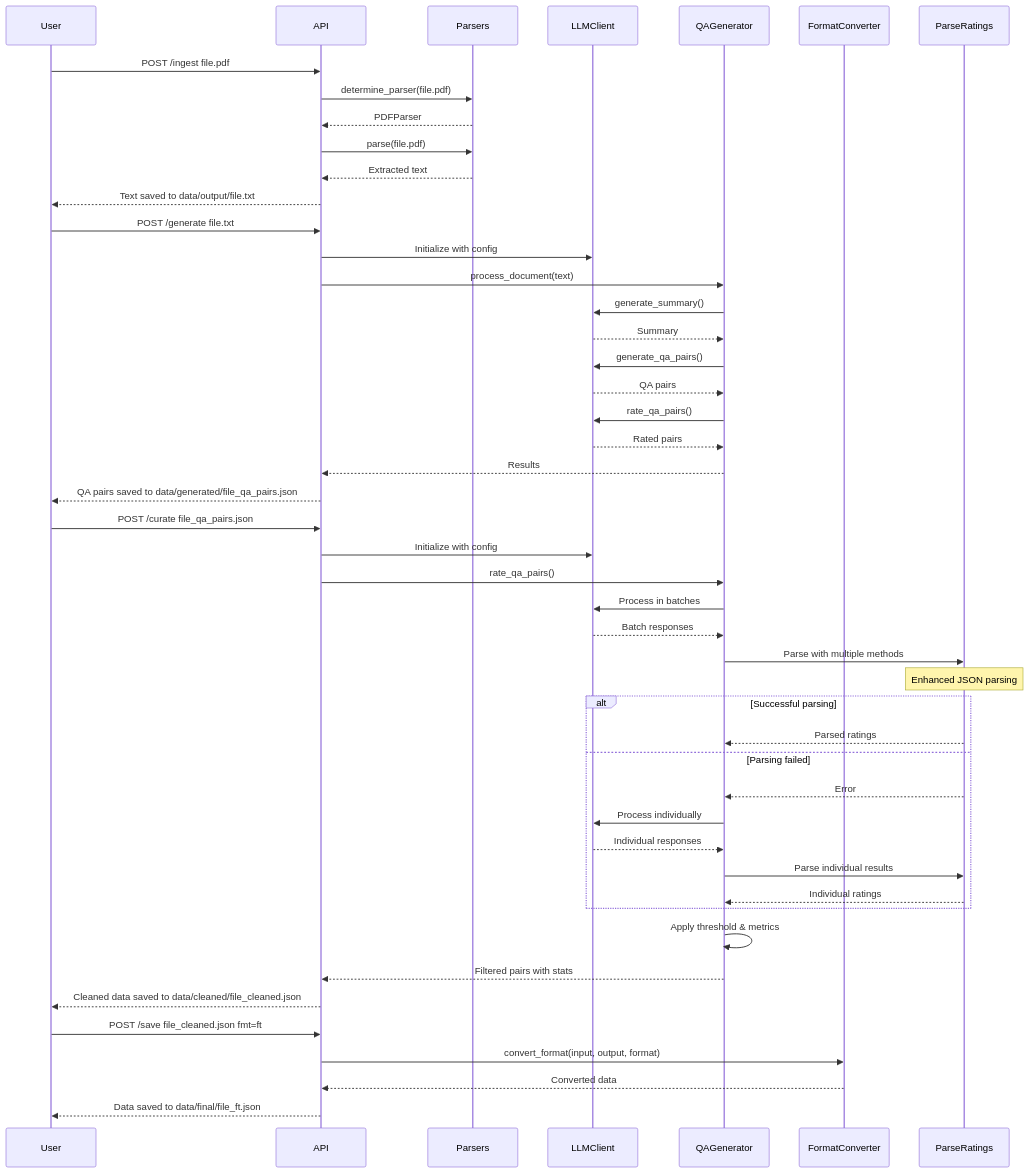
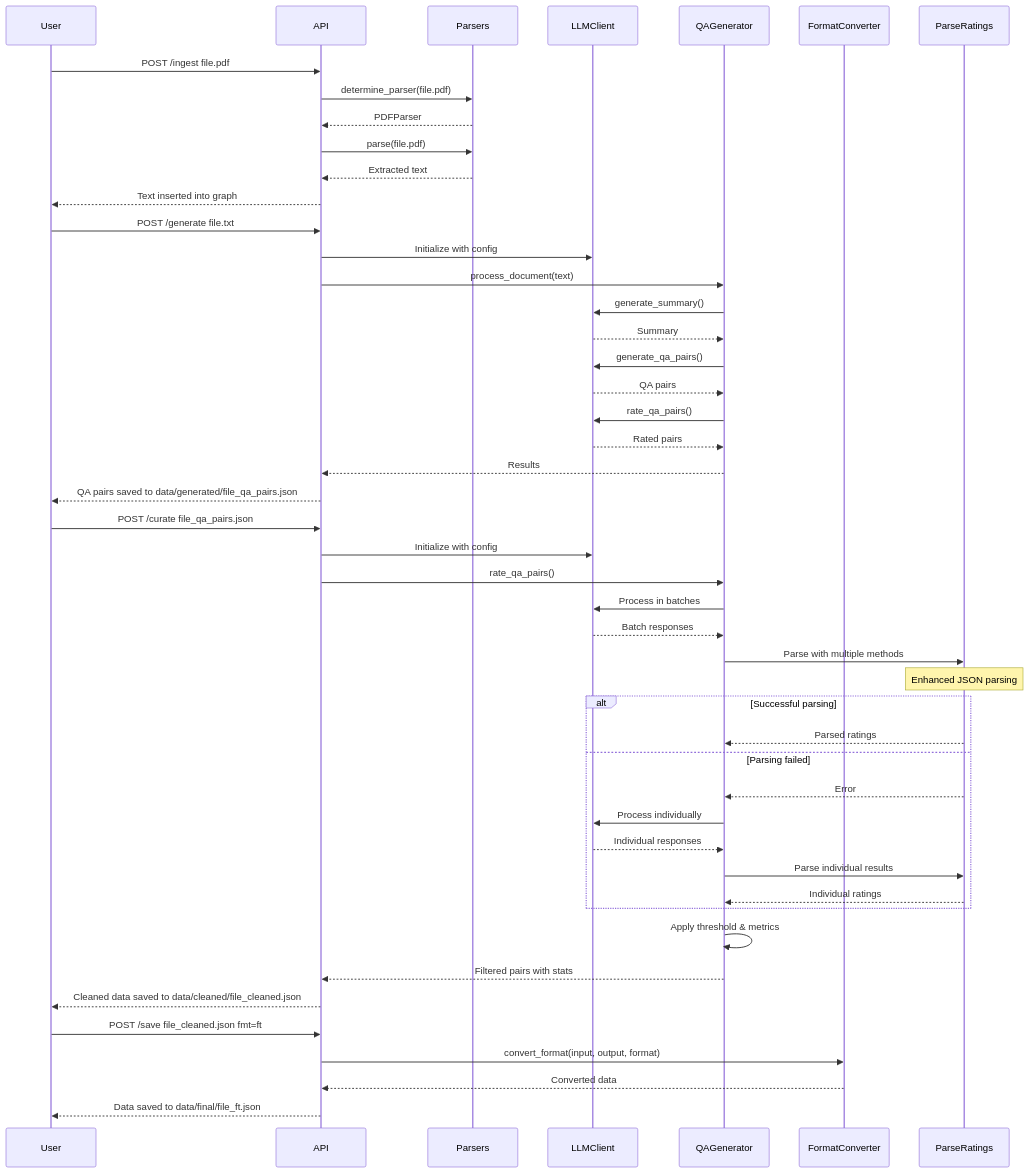
The third of 14 diagrams in DOCS.md (AvacynLab/datacreek), drawn with Mermaid before and after one commit. The commit also changed other lines of this file and 14 other files, not shown here.

````diff
--- a/DOCS.md
+++ b/DOCS.md
@@ -199,57 +199,57 @@
 ```mermaid
 sequenceDiagram
     participant User
     participant API
     participant Parsers
     participant LLMClient
     participant QAGenerator
     participant FormatConverter
 
     User->>API: POST /ingest file.pdf
     API->>Parsers: determine_parser(file.pdf)
     Parsers-->>API: PDFParser
     API->>Parsers: parse(file.pdf)
     Parsers-->>API: Extracted text
-    API-->>User: Text saved to data/output/file.txt
+    API-->>User: Text inserted into graph
 
     User->>API: POST /generate file.txt
     API->>LLMClient: Initialize with config
     API->>QAGenerator: process_document(text)
     QAGenerator->>LLMClient: generate_summary()
     LLMClient-->>QAGenerator: Summary
     QAGenerator->>LLMClient: generate_qa_pairs()
     LLMClient-->>QAGenerator: QA pairs
     QAGenerator->>LLMClient: rate_qa_pairs()
     LLMClient-->>QAGenerator: Rated pairs
     QAGenerator-->>API: Results
     API-->>User: QA pairs saved to data/generated/file_qa_pairs.json
 
     User->>API: POST /curate file_qa_pairs.json
     API->>LLMClient: Initialize with config
     API->>QAGenerator: rate_qa_pairs()
     
     QAGenerator->>LLMClient: Process in batches
     LLMClient-->>QAGenerator: Batch responses
     
     QAGenerator->>ParseRatings: Parse with multiple methods
     Note over ParseRatings: Enhanced JSON parsing
     
     alt Successful parsing
         ParseRatings-->>QAGenerator: Parsed ratings
     else Parsing failed
         ParseRatings-->>QAGenerator: Error
         QAGenerator->>LLMClient: Process individually
         LLMClient-->>QAGenerator: Individual responses
         QAGenerator->>ParseRatings: Parse individual results
         ParseRatings-->>QAGenerator: Individual ratings
     end
     
     QAGenerator->>QAGenerator: Apply threshold & metrics
     QAGenerator-->>API: Filtered pairs with stats
     API-->>User: Cleaned data saved to data/cleaned/file_cleaned.json
 
     User->>API: POST /save file_cleaned.json fmt=ft
     API->>FormatConverter: convert_format(input, output, format)
     FormatConverter-->>API: Converted data
     API-->>User: Data saved to data/final/file_ft.json
 ```
````
